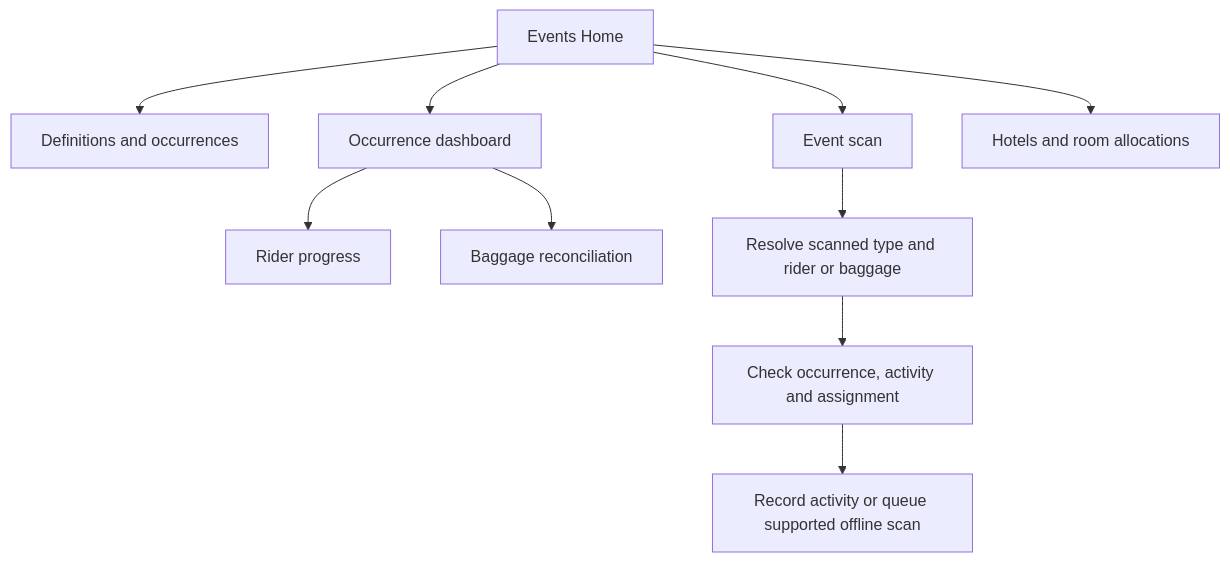
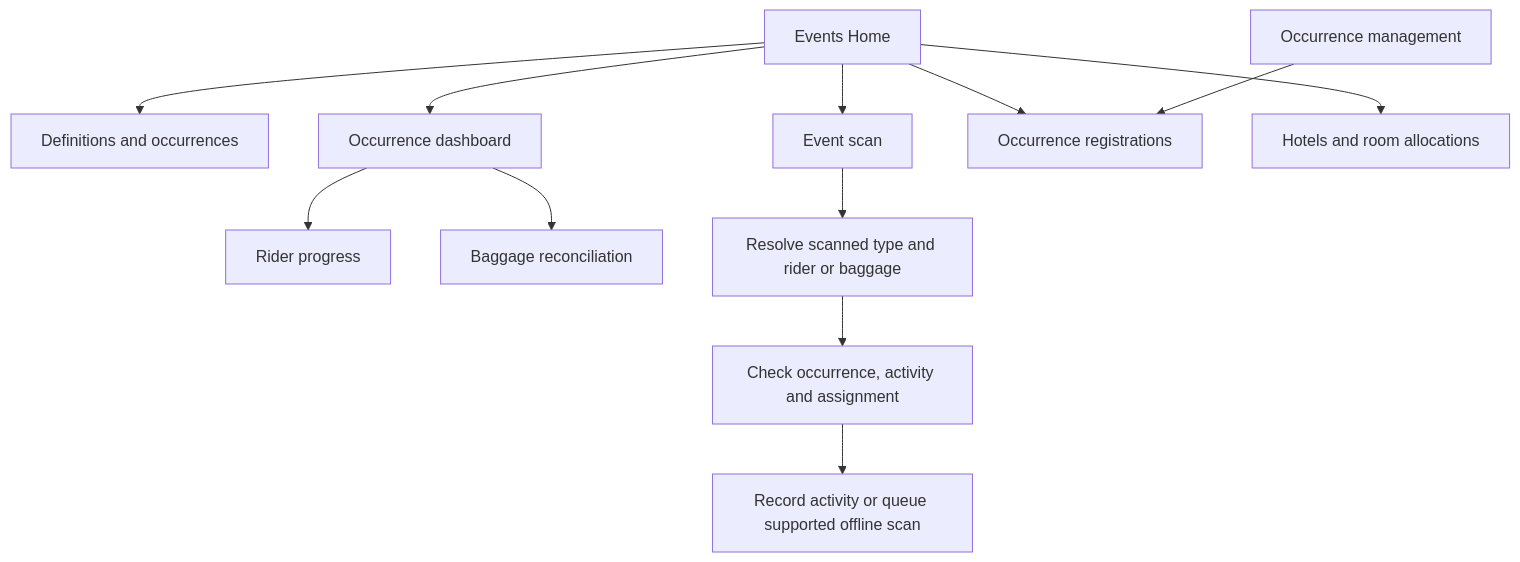
Before and after one commit to kvijay77-in/tour-mgmt-app: the diagram in docs/design/events.md, drawn with Mermaid. The commit also changed other lines of this file and 47 other files, not shown here.

````diff
--- a/docs/design/events.md
+++ b/docs/design/events.md
@@ -9,12 +9,14 @@
 ```mermaid
 flowchart TD
   Home[Events Home] --> Definitions[Definitions and occurrences]
   Home --> Scan[Event scan]
   Home --> Dash[Occurrence dashboard]
+  Home --> Registrations[Occurrence registrations]
+  Occurrences[Occurrence management] --> Registrations
   Dash --> Progress[Rider progress]
   Dash --> Baggage[Baggage reconciliation]
   Scan --> Resolve[Resolve scanned type and rider or baggage]
   Resolve --> Validate[Check occurrence, activity and assignment]
   Validate --> Record[Record activity or queue supported offline scan]
   Home --> Hotels[Hotels and room allocations]
 ```
````
